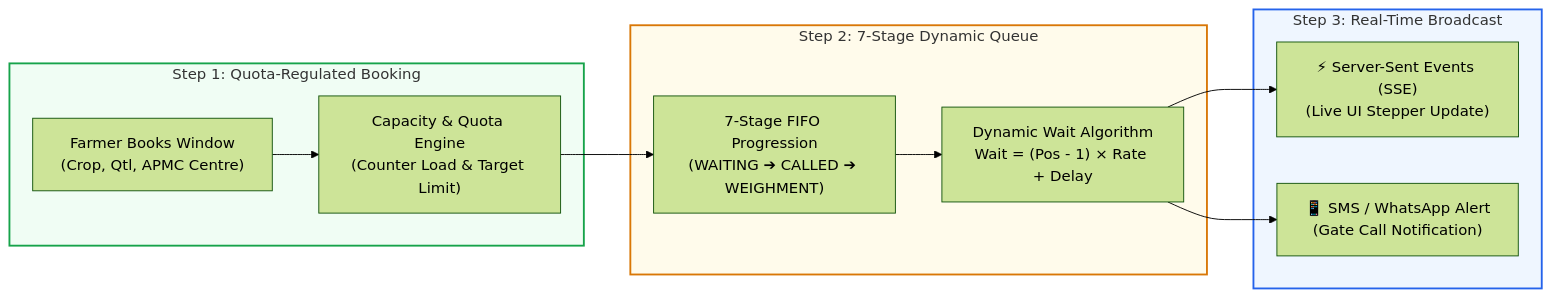
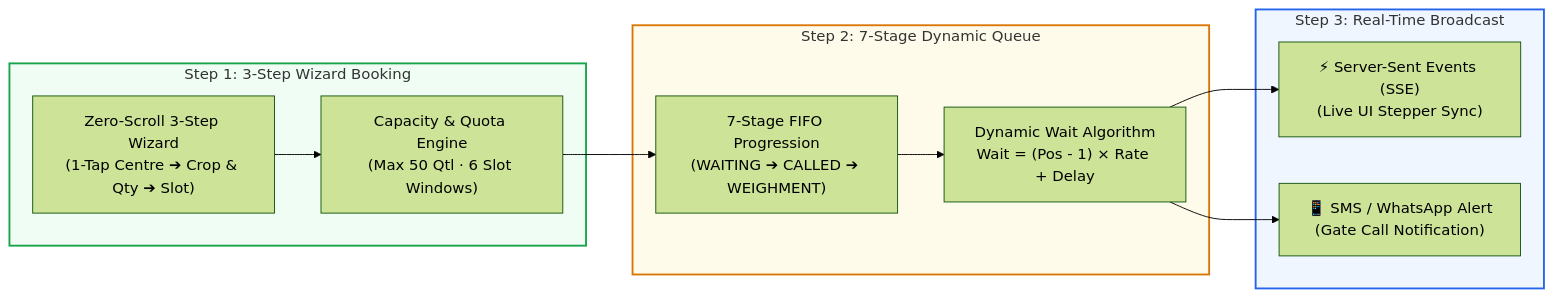
The second of 4 diagrams in README.md (ayus0109/ProcureFlow), drawn with Mermaid (forest theme) before and after one commit. The commit also changed other lines of this file, not shown here.

Commit message:
docs: update README with Kisan Sahayak AI Chatbot, 3-step wizard, operating slots, and technical flowcharts

````diff
--- a/README.md
+++ b/README.md
@@ -104,20 +117,20 @@
 ```mermaid
 flowchart LR
-    subgraph Step1 ["Step 1: Quota-Regulated Booking"]
-        A["Farmer Books Window<br/>(Crop, Qtl, APMC Centre)"] --> B["Capacity & Quota Engine<br/>(Counter Load & Target Limit)"]
+    subgraph Step1 ["Step 1: 3-Step Wizard Booking"]
+        A["Zero-Scroll 3-Step Wizard<br/>(1-Tap Centre ➔ Crop & Qty ➔ Slot)"] --> B["Capacity & Quota Engine<br/>(Max 50 Qtl · 6 Slot Windows)"]
     end
 
     subgraph Step2 ["Step 2: 7-Stage Dynamic Queue"]
         B --> C["7-Stage FIFO Progression<br/>(WAITING ➔ CALLED ➔ WEIGHMENT)"]
         C --> D["Dynamic Wait Algorithm<br/>Wait = (Pos - 1) × Rate + Delay"]
     end
 
     subgraph Step3 ["Step 3: Real-Time Broadcast"]
-        D --> E["⚡ Server-Sent Events (SSE)<br/>(Live UI Stepper Update)"]
+        D --> E["⚡ Server-Sent Events (SSE)<br/>(Live UI Stepper Sync)"]
         D --> F["📱 SMS / WhatsApp Alert<br/>(Gate Call Notification)"]
     end
 
     style Step1 fill:#f0fdf4,stroke:#16a34a,stroke-width:2px
     style Step2 fill:#fffbeb,stroke:#d97706,stroke-width:2px
     style Step3 fill:#eff6ff,stroke:#2563eb,stroke-width:2px
 ```
````
